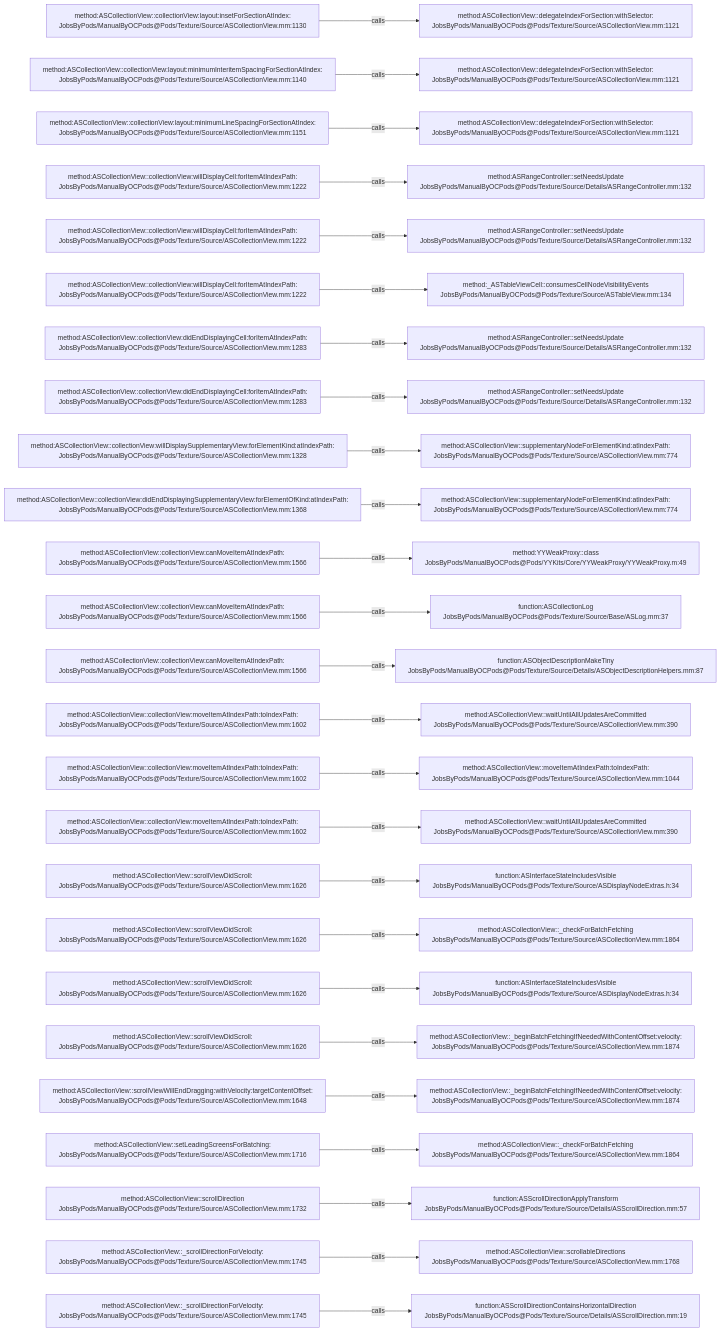
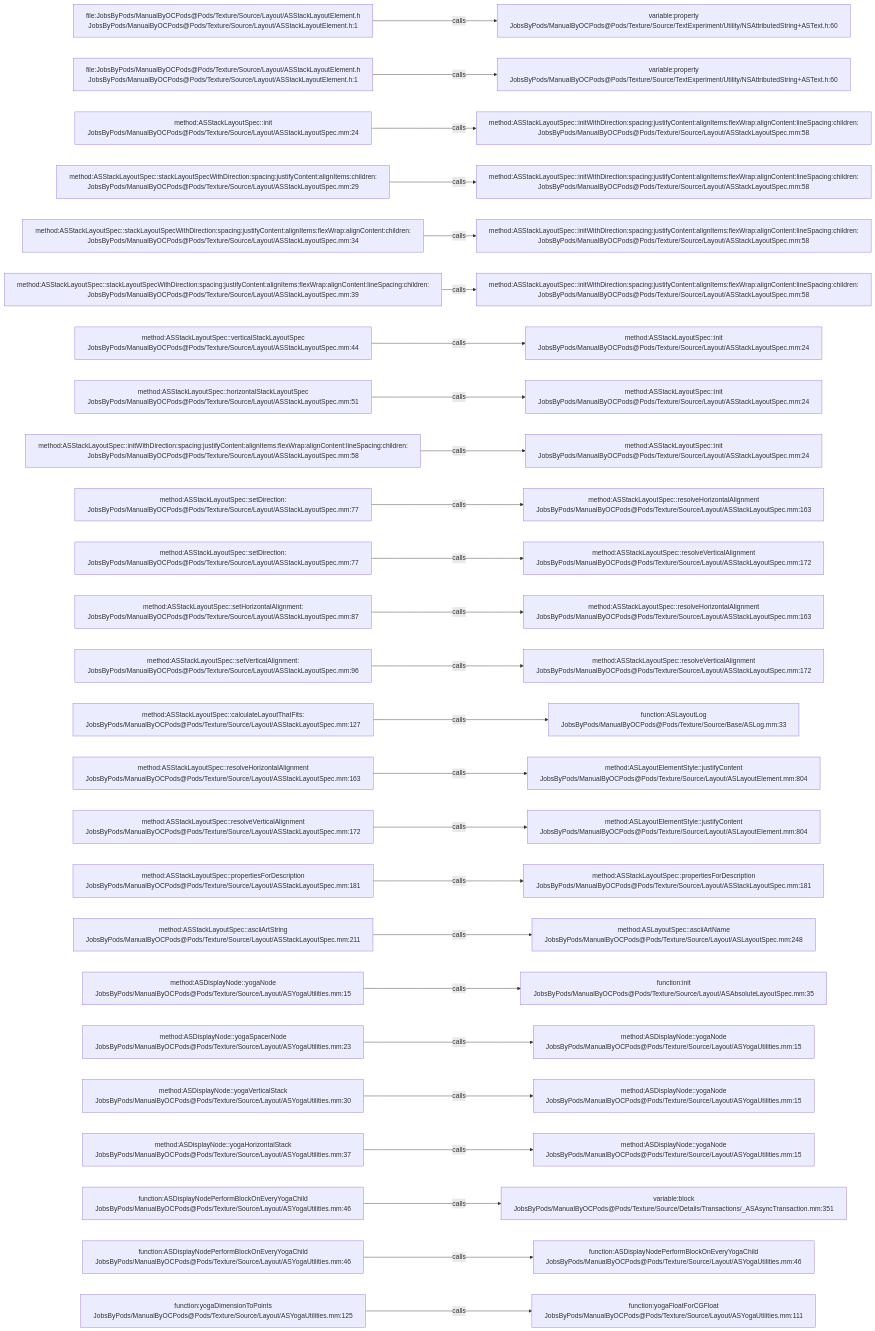
Before and after one commit to JobsKits/JobsOCBaseConfigDemo: the diagram in .codegraph/codegraph.md/graphs/calls-191.md, drawn with Mermaid. The commit also changed 2162 other files, not shown here.

````diff
--- a/.codegraph/codegraph.md/graphs/calls-191.md
+++ b/.codegraph/codegraph.md/graphs/calls-191.md
@@ -13,78 +13,78 @@
 ```mermaid
 flowchart LR
-  S1["method:ASCollectionView::collectionView:layout:insetForSectionAtIndex:<br/>JobsByPods/ManualByOCPods@Pods/Texture/Source/ASCollectionView.mm:1130"]
-  T1["method:ASCollectionView::delegateIndexForSection:withSelector:<br/>JobsByPods/ManualByOCPods@Pods/Texture/Source/ASCollectionView.mm:1121"]
+  S1["file:JobsByPods/ManualByOCPods@Pods/Texture/Source/Layout/ASStackLayoutElement.h<br/>JobsByPods/ManualByOCPods@Pods/Texture/Source/Layout/ASStackLayoutElement.h:1"]
+  T1["variable:property<br/>JobsByPods/ManualByOCPods@Pods/Texture/Source/TextExperiment/Utility/NSAttributedString+ASText.h:60"]
   S1 -->|calls| T1
-  S2["method:ASCollectionView::collectionView:layout:minimumInteritemSpacingForSectionAtIndex:<br/>JobsByPods/ManualByOCPods@Pods/Texture/Source/ASCollectionView.mm:1140"]
-  T2["method:ASCollectionView::delegateIndexForSection:withSelector:<br/>JobsByPods/ManualByOCPods@Pods/Texture/Source/ASCollectionView.mm:1121"]
+  S2["file:JobsByPods/ManualByOCPods@Pods/Texture/Source/Layout/ASStackLayoutElement.h<br/>JobsByPods/ManualByOCPods@Pods/Texture/Source/Layout/ASStackLayoutElement.h:1"]
+  T2["variable:property<br/>JobsByPods/ManualByOCPods@Pods/Texture/Source/TextExperiment/Utility/NSAttributedString+ASText.h:60"]
   S2 -->|calls| T2
-  S3["method:ASCollectionView::collectionView:layout:minimumLineSpacingForSectionAtIndex:<br/>JobsByPods/ManualByOCPods@Pods/Texture/Source/ASCollectionView.mm:1151"]
-  T3["method:ASCollectionView::delegateIndexForSection:withSelector:<br/>JobsByPods/ManualByOCPods@Pods/Texture/Source/ASCollectionView.mm:1121"]
+  S3["method:ASStackLayoutSpec::init<br/>JobsByPods/ManualByOCPods@Pods/Texture/Source/Layout/ASStackLayoutSpec.mm:24"]
+  T3["method:ASStackLayoutSpec::initWithDirection:spacing:justifyContent:alignItems:flexWrap:alignContent:lineSpacing:children:<br/>JobsByPods/ManualByOCPods@Pods/Texture/Source/Layout/ASStackLayoutSpec.mm:58"]
   S3 -->|calls| T3
-  S4["method:ASCollectionView::collectionView:willDisplayCell:forItemAtIndexPath:<br/>JobsByPods/ManualByOCPods@Pods/Texture/Source/ASCollectionView.mm:1222"]
-  T4["method:ASRangeController::setNeedsUpdate<br/>JobsByPods/ManualByOCPods@Pods/Texture/Source/Details/ASRangeController.mm:132"]
+  S4["method:ASStackLayoutSpec::stackLayoutSpecWithDirection:spacing:justifyContent:alignItems:children:<br/>JobsByPods/ManualByOCPods@Pods/Texture/Source/Layout/ASStackLayoutSpec.mm:29"]
+  T4["method:ASStackLayoutSpec::initWithDirection:spacing:justifyContent:alignItems:flexWrap:alignContent:lineSpacing:children:<br/>JobsByPods/ManualByOCPods@Pods/Texture/Source/Layout/ASStackLayoutSpec.mm:58"]
   S4 -->|calls| T4
-  S5["method:ASCollectionView::collectionView:willDisplayCell:forItemAtIndexPath:<br/>JobsByPods/ManualByOCPods@Pods/Texture/Source/ASCollectionView.mm:1222"]
-  T5["method:ASRangeController::setNeedsUpdate<br/>JobsByPods/ManualByOCPods@Pods/Texture/Source/Details/ASRangeController.mm:132"]
+  S5["method:ASStackLayoutSpec::stackLayoutSpecWithDirection:spacing:justifyContent:alignItems:flexWrap:alignContent:children:<br/>JobsByPods/ManualByOCPods@Pods/Texture/Source/Layout/ASStackLayoutSpec.mm:34"]
+  T5["method:ASStackLayoutSpec::initWithDirection:spacing:justifyContent:alignItems:flexWrap:alignContent:lineSpacing:children:<br/>JobsByPods/ManualByOCPods@Pods/Texture/Source/Layout/ASStackLayoutSpec.mm:58"]
   S5 -->|calls| T5
-  S6["method:ASCollectionView::collectionView:willDisplayCell:forItemAtIndexPath:<br/>JobsByPods/ManualByOCPods@Pods/Texture/Source/ASCollectionView.mm:1222"]
-  T6["method:_ASTableViewCell::consumesCellNodeVisibilityEvents<br/>JobsByPods/ManualByOCPods@Pods/Texture/Source/ASTableView.mm:134"]
+  S6["method:ASStackLayoutSpec::stackLayoutSpecWithDirection:spacing:justifyContent:alignItems:flexWrap:alignContent:lineSpacing:children:<br/>JobsByPods/ManualByOCPods@Pods/Texture/Source/Layout/ASStackLayoutSpec.mm:39"]
+  T6["method:ASStackLayoutSpec::initWithDirection:spacing:justifyContent:alignItems:flexWrap:alignContent:lineSpacing:children:<br/>JobsByPods/ManualByOCPods@Pods/Texture/Source/Layout/ASStackLayoutSpec.mm:58"]
   S6 -->|calls| T6
-  S7["method:ASCollectionView::collectionView:didEndDisplayingCell:forItemAtIndexPath:<br/>JobsByPods/ManualByOCPods@Pods/Texture/Source/ASCollectionView.mm:1283"]
-  T7["method:ASRangeController::setNeedsUpdate<br/>JobsByPods/ManualByOCPods@Pods/Texture/Source/Details/ASRangeController.mm:132"]
+  S7["method:ASStackLayoutSpec::verticalStackLayoutSpec<br/>JobsByPods/ManualByOCPods@Pods/Texture/Source/Layout/ASStackLayoutSpec.mm:44"]
+  T7["method:ASStackLayoutSpec::init<br/>JobsByPods/ManualByOCPods@Pods/Texture/Source/Layout/ASStackLayoutSpec.mm:24"]
   S7 -->|calls| T7
-  S8["method:ASCollectionView::collectionView:didEndDisplayingCell:forItemAtIndexPath:<br/>JobsByPods/ManualByOCPods@Pods/Texture/Source/ASCollectionView.mm:1283"]
-  T8["method:ASRangeController::setNeedsUpdate<br/>JobsByPods/ManualByOCPods@Pods/Texture/Source/Details/ASRangeController.mm:132"]
+  S8["method:ASStackLayoutSpec::horizontalStackLayoutSpec<br/>JobsByPods/ManualByOCPods@Pods/Texture/Source/Layout/ASStackLayoutSpec.mm:51"]
+  T8["method:ASStackLayoutSpec::init<br/>JobsByPods/ManualByOCPods@Pods/Texture/Source/Layout/ASStackLayoutSpec.mm:24"]
   S8 -->|calls| T8
-  S9["method:ASCollectionView::collectionView:willDisplaySupplementaryView:forElementKind:atIndexPath:<br/>JobsByPods/ManualByOCPods@Pods/Texture/Source/ASCollectionView.mm:1328"]
-  T9["method:ASCollectionView::supplementaryNodeForElementKind:atIndexPath:<br/>JobsByPods/ManualByOCPods@Pods/Texture/Source/ASCollectionView.mm:774"]
+  S9["method:ASStackLayoutSpec::initWithDirection:spacing:justifyContent:alignItems:flexWrap:alignContent:lineSpacing:children:<br/>JobsByPods/ManualByOCPods@Pods/Texture/Source/Layout/ASStackLayoutSpec.mm:58"]
+  T9["method:ASStackLayoutSpec::init<br/>JobsByPods/ManualByOCPods@Pods/Texture/Source/Layout/ASStackLayoutSpec.mm:24"]
   S9 -->|calls| T9
-  S10["method:ASCollectionView::collectionView:didEndDisplayingSupplementaryView:forElementOfKind:atIndexPath:<br/>JobsByPods/ManualByOCPods@Pods/Texture/Source/ASCollectionView.mm:1368"]
-  T10["method:ASCollectionView::supplementaryNodeForElementKind:atIndexPath:<br/>JobsByPods/ManualByOCPods@Pods/Texture/Source/ASCollectionView.mm:774"]
+  S10["method:ASStackLayoutSpec::setDirection:<br/>JobsByPods/ManualByOCPods@Pods/Texture/Source/Layout/ASStackLayoutSpec.mm:77"]
+  T10["method:ASStackLayoutSpec::resolveHorizontalAlignment<br/>JobsByPods/ManualByOCPods@Pods/Texture/Source/Layout/ASStackLayoutSpec.mm:163"]
   S10 -->|calls| T10
-  S11["method:ASCollectionView::collectionView:canMoveItemAtIndexPath:<br/>JobsByPods/ManualByOCPods@Pods/Texture/Source/ASCollectionView.mm:1566"]
-  T11["method:YYWeakProxy::class<br/>JobsByPods/ManualByOCPods@Pods/YYKits/Core/YYWeakProxy/YYWeakProxy.m:49"]
+  S11["method:ASStackLayoutSpec::setDirection:<br/>JobsByPods/ManualByOCPods@Pods/Texture/Source/Layout/ASStackLayoutSpec.mm:77"]
+  T11["method:ASStackLayoutSpec::resolveVerticalAlignment<br/>JobsByPods/ManualByOCPods@Pods/Texture/Source/Layout/ASStackLayoutSpec.mm:172"]
   S11 -->|calls| T11
-  S12["method:ASCollectionView::collectionView:canMoveItemAtIndexPath:<br/>JobsByPods/ManualByOCPods@Pods/Texture/Source/ASCollectionView.mm:1566"]
-  T12["function:ASCollectionLog<br/>JobsByPods/ManualByOCPods@Pods/Texture/Source/Base/ASLog.mm:37"]
+  S12["method:ASStackLayoutSpec::setHorizontalAlignment:<br/>JobsByPods/ManualByOCPods@Pods/Texture/Source/Layout/ASStackLayoutSpec.mm:87"]
+  T12["method:ASStackLayoutSpec::resolveHorizontalAlignment<br/>JobsByPods/ManualByOCPods@Pods/Texture/Source/Layout/ASStackLayoutSpec.mm:163"]
   S12 -->|calls| T12
-  S13["method:ASCollectionView::collectionView:canMoveItemAtIndexPath:<br/>JobsByPods/ManualByOCPods@Pods/Texture/Source/ASCollectionView.mm:1566"]
-  T13["function:ASObjectDescriptionMakeTiny<br/>JobsByPods/ManualByOCPods@Pods/Texture/Source/Details/ASObjectDescriptionHelpers.mm:87"]
+  S13["method:ASStackLayoutSpec::setVerticalAlignment:<br/>JobsByPods/ManualByOCPods@Pods/Texture/Source/Layout/ASStackLayoutSpec.mm:96"]
+  T13["method:ASStackLayoutSpec::resolveVerticalAlignment<br/>JobsByPods/ManualByOCPods@Pods/Texture/Source/Layout/ASStackLayoutSpec.mm:172"]
   S13 -->|calls| T13
-  S14["method:ASCollectionView::collectionView:moveItemAtIndexPath:toIndexPath:<br/>JobsByPods/ManualByOCPods@Pods/Texture/Source/ASCollectionView.mm:1602"]
-  T14["method:ASCollectionView::waitUntilAllUpdatesAreCommitted<br/>JobsByPods/ManualByOCPods@Pods/Texture/Source/ASCollectionView.mm:390"]
+  S14["method:ASStackLayoutSpec::calculateLayoutThatFits:<br/>JobsByPods/ManualByOCPods@Pods/Texture/Source/Layout/ASStackLayoutSpec.mm:127"]
+  T14["function:ASLayoutLog<br/>JobsByPods/ManualByOCPods@Pods/Texture/Source/Base/ASLog.mm:33"]
   S14 -->|calls| T14
-  S15["method:ASCollectionView::collectionView:moveItemAtIndexPath:toIndexPath:<br/>JobsByPods/ManualByOCPods@Pods/Texture/Source/ASCollectionView.mm:1602"]
-  T15["method:ASCollectionView::moveItemAtIndexPath:toIndexPath:<br/>JobsByPods/ManualByOCPods@Pods/Texture/Source/ASCollectionView.mm:1044"]
+  S15["method:ASStackLayoutSpec::resolveHorizontalAlignment<br/>JobsByPods/ManualByOCPods@Pods/Texture/Source/Layout/ASStackLayoutSpec.mm:163"]
+  T15["method:ASLayoutElementStyle::justifyContent<br/>JobsByPods/ManualByOCPods@Pods/Texture/Source/Layout/ASLayoutElement.mm:804"]
   S15 -->|calls| T15
-  S16["method:ASCollectionView::collectionView:moveItemAtIndexPath:toIndexPath:<br/>JobsByPods/ManualByOCPods@Pods/Texture/Source/ASCollectionView.mm:1602"]
-  T16["method:ASCollectionView::waitUntilAllUpdatesAreCommitted<br/>JobsByPods/ManualByOCPods@Pods/Texture/Source/ASCollectionView.mm:390"]
+  S16["method:ASStackLayoutSpec::resolveVerticalAlignment<br/>JobsByPods/ManualByOCPods@Pods/Texture/Source/Layout/ASStackLayoutSpec.mm:172"]
+  T16["method:ASLayoutElementStyle::justifyContent<br/>JobsByPods/ManualByOCPods@Pods/Texture/Source/Layout/ASLayoutElement.mm:804"]
   S16 -->|calls| T16
-  S17["method:ASCollectionView::scrollViewDidScroll:<br/>JobsByPods/ManualByOCPods@Pods/Texture/Source/ASCollectionView.mm:1626"]
-  T17["function:ASInterfaceStateIncludesVisible<br/>JobsByPods/ManualByOCPods@Pods/Texture/Source/ASDisplayNodeExtras.h:34"]
+  S17["method:ASStackLayoutSpec::propertiesForDescription<br/>JobsByPods/ManualByOCPods@Pods/Texture/Source/Layout/ASStackLayoutSpec.mm:181"]
+  T17["method:ASStackLayoutSpec::propertiesForDescription<br/>JobsByPods/ManualByOCPods@Pods/Texture/Source/Layout/ASStackLayoutSpec.mm:181"]
   S17 -->|calls| T17
-  S18["method:ASCollectionView::scrollViewDidScroll:<br/>JobsByPods/ManualByOCPods@Pods/Texture/Source/ASCollectionView.mm:1626"]
-  T18["method:ASCollectionView::_checkForBatchFetching<br/>JobsByPods/ManualByOCPods@Pods/Texture/Source/ASCollectionView.mm:1864"]
+  S18["method:ASStackLayoutSpec::asciiArtString<br/>JobsByPods/ManualByOCPods@Pods/Texture/Source/Layout/ASStackLayoutSpec.mm:211"]
+  T18["method:ASLayoutSpec::asciiArtName<br/>JobsByPods/ManualByOCPods@Pods/Texture/Source/Layout/ASLayoutSpec.mm:248"]
   S18 -->|calls| T18
-  S19["method:ASCollectionView::scrollViewDidScroll:<br/>JobsByPods/ManualByOCPods@Pods/Texture/Source/ASCollectionView.mm:1626"]
-  T19["function:ASInterfaceStateIncludesVisible<br/>JobsByPods/ManualByOCPods@Pods/Texture/Source/ASDisplayNodeExtras.h:34"]
+  S19["method:ASDisplayNode::yogaNode<br/>JobsByPods/ManualByOCPods@Pods/Texture/Source/Layout/ASYogaUtilities.mm:15"]
+  T19["function:init<br/>JobsByPods/ManualByOCPods@Pods/Texture/Source/Layout/ASAbsoluteLayoutSpec.mm:35"]
   S19 -->|calls| T19
-  S20["method:ASCollectionView::scrollViewDidScroll:<br/>JobsByPods/ManualByOCPods@Pods/Texture/Source/ASCollectionView.mm:1626"]
-  T20["method:ASCollectionView::_beginBatchFetchingIfNeededWithContentOffset:velocity:<br/>JobsByPods/ManualByOCPods@Pods/Texture/Source/ASCollectionView.mm:1874"]
+  S20["method:ASDisplayNode::yogaSpacerNode<br/>JobsByPods/ManualByOCPods@Pods/Texture/Source/Layout/ASYogaUtilities.mm:23"]
+  T20["method:ASDisplayNode::yogaNode<br/>JobsByPods/ManualByOCPods@Pods/Texture/Source/Layout/ASYogaUtilities.mm:15"]
   S20 -->|calls| T20
-  S21["method:ASCollectionView::scrollViewWillEndDragging:withVelocity:targetContentOffset:<br/>JobsByPods/ManualByOCPods@Pods/Texture/Source/ASCollectionView.mm:1648"]
-  T21["method:ASCollectionView::_beginBatchFetchingIfNeededWithContentOffset:velocity:<br/>JobsByPods/ManualByOCPods@Pods/Texture/Source/ASCollectionView.mm:1874"]
+  S21["method:ASDisplayNode::yogaVerticalStack<br/>JobsByPods/ManualByOCPods@Pods/Texture/Source/Layout/ASYogaUtilities.mm:30"]
+  T21["method:ASDisplayNode::yogaNode<br/>JobsByPods/ManualByOCPods@Pods/Texture/Source/Layout/ASYogaUtilities.mm:15"]
   S21 -->|calls| T21
-  S22["method:ASCollectionView::setLeadingScreensForBatching:<br/>JobsByPods/ManualByOCPods@Pods/Texture/Source/ASCollectionView.mm:1716"]
-  T22["method:ASCollectionView::_checkForBatchFetching<br/>JobsByPods/ManualByOCPods@Pods/Texture/Source/ASCollectionView.mm:1864"]
+  S22["method:ASDisplayNode::yogaHorizontalStack<br/>JobsByPods/ManualByOCPods@Pods/Texture/Source/Layout/ASYogaUtilities.mm:37"]
+  T22["method:ASDisplayNode::yogaNode<br/>JobsByPods/ManualByOCPods@Pods/Texture/Source/Layout/ASYogaUtilities.mm:15"]
   S22 -->|calls| T22
-  S23["method:ASCollectionView::scrollDirection<br/>JobsByPods/ManualByOCPods@Pods/Texture/Source/ASCollectionView.mm:1732"]
-  T23["function:ASScrollDirectionApplyTransform<br/>JobsByPods/ManualByOCPods@Pods/Texture/Source/Details/ASScrollDirection.mm:57"]
+  S23["function:ASDisplayNodePerformBlockOnEveryYogaChild<br/>JobsByPods/ManualByOCPods@Pods/Texture/Source/Layout/ASYogaUtilities.mm:46"]
+  T23["variable:block<br/>JobsByPods/ManualByOCPods@Pods/Texture/Source/Details/Transactions/_ASAsyncTransaction.mm:351"]
   S23 -->|calls| T23
-  S24["method:ASCollectionView::_scrollDirectionForVelocity:<br/>JobsByPods/ManualByOCPods@Pods/Texture/Source/ASCollectionView.mm:1745"]
-  T24["method:ASCollectionView::scrollableDirections<br/>JobsByPods/ManualByOCPods@Pods/Texture/Source/ASCollectionView.mm:1768"]
+  S24["function:ASDisplayNodePerformBlockOnEveryYogaChild<br/>JobsByPods/ManualByOCPods@Pods/Texture/Source/Layout/ASYogaUtilities.mm:46"]
+  T24["function:ASDisplayNodePerformBlockOnEveryYogaChild<br/>JobsByPods/ManualByOCPods@Pods/Texture/Source/Layout/ASYogaUtilities.mm:46"]
   S24 -->|calls| T24
-  S25["method:ASCollectionView::_scrollDirectionForVelocity:<br/>JobsByPods/ManualByOCPods@Pods/Texture/Source/ASCollectionView.mm:1745"]
-  T25["function:ASScrollDirectionContainsHorizontalDirection<br/>JobsByPods/ManualByOCPods@Pods/Texture/Source/Details/ASScrollDirection.mm:19"]
+  S25["function:yogaDimensionToPoints<br/>JobsByPods/ManualByOCPods@Pods/Texture/Source/Layout/ASYogaUtilities.mm:125"]
+  T25["function:yogaFloatForCGFloat<br/>JobsByPods/ManualByOCPods@Pods/Texture/Source/Layout/ASYogaUtilities.mm:111"]
   S25 -->|calls| T25
 ```
````
